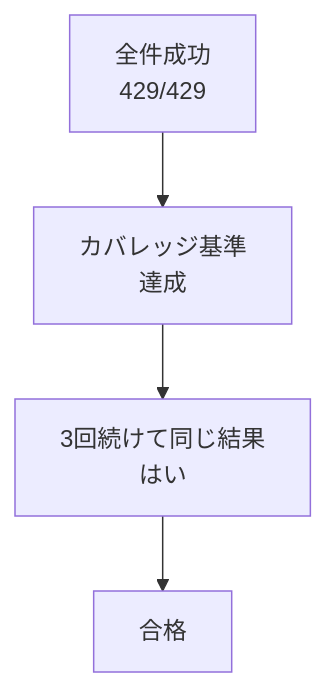
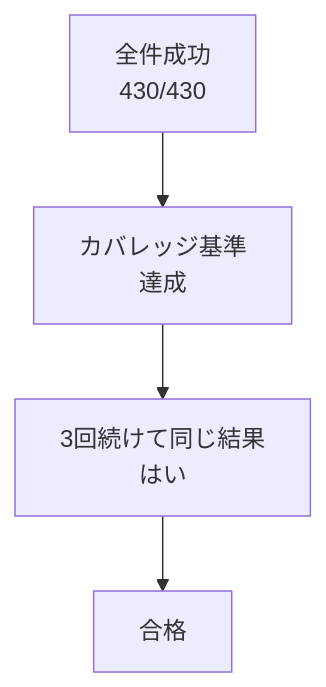
One commit to pocarialice/rpglearning changed the third of 3 diagrams in documents/モジュールテスト結果報告書_RPG学習アプリ.md. Above: the diagram before and after it, drawn with Mermaid. The commit also changed other lines of this file and 1 other file, not shown here.

````diff
--- a/documents/モジュールテスト結果報告書_RPG学習アプリ.md
+++ b/documents/モジュールテスト結果報告書_RPG学習アプリ.md
@@ -994,6 +995,6 @@
 ```mermaid
 flowchart TD
-  A["全件成功<br>429/429"] --> B["カバレッジ基準<br>達成"]
+  A["全件成功<br>430/430"] --> B["カバレッジ基準<br>達成"]
   B --> C["3回続けて同じ結果<br>はい"]
   C --> D["合格"]
 ```
````
